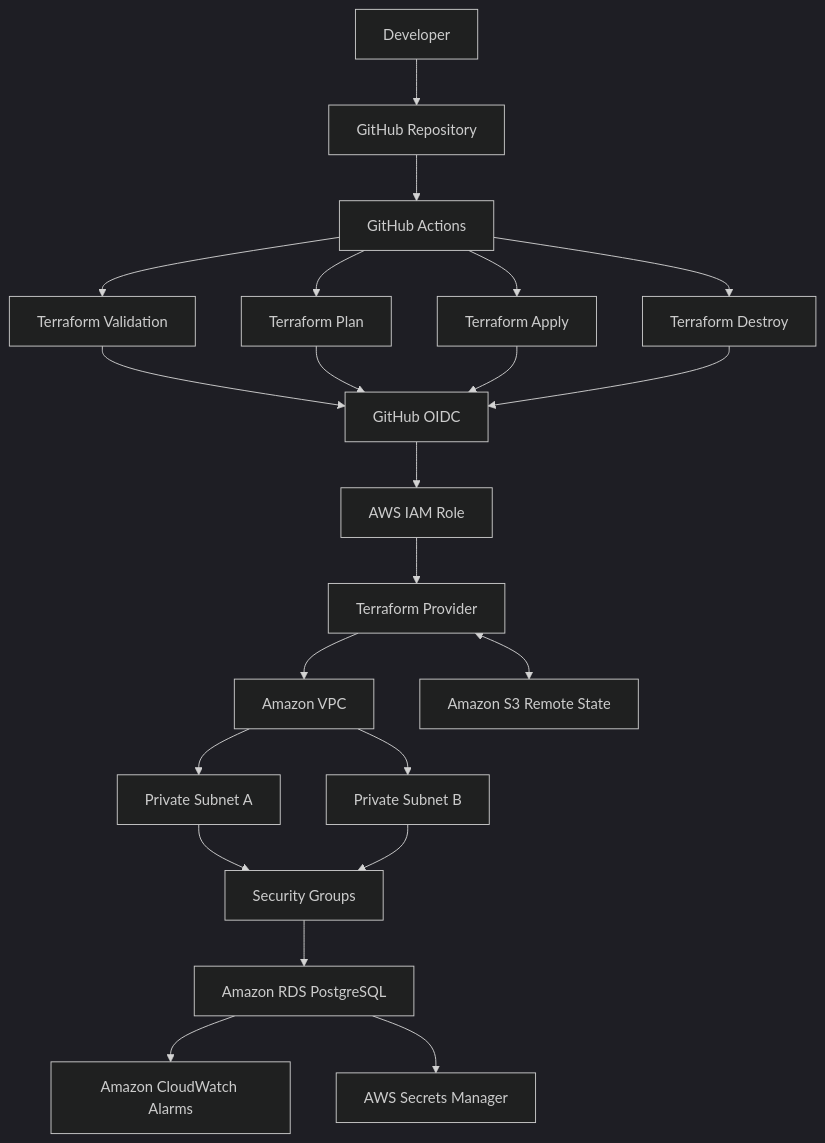
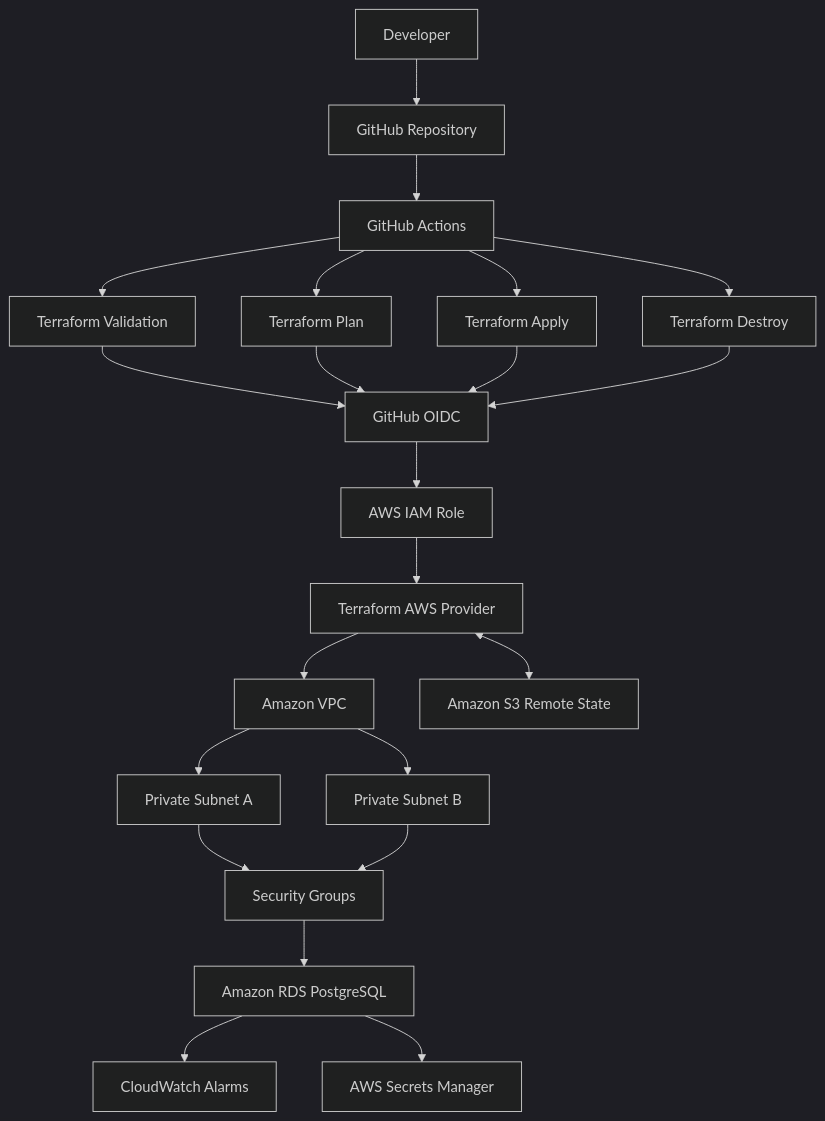
One commit to imed3721/aws-devops-platform changed the diagram in README.md. Above: the diagram before and after it, drawn with Mermaid (dark theme). The commit also changed other lines of this file, not shown here.

````diff
--- a/README.md
+++ b/README.md
@@ -69,30 +69,31 @@
 ```mermaid
 flowchart TD
     A[Developer] --> B[GitHub Repository]
     B --> C[GitHub Actions]
-    
+
     C --> D[Terraform Validation]
     C --> E[Terraform Plan]
     C --> F[Terraform Apply]
     C --> G[Terraform Destroy]
-    
+
     D --> H[GitHub OIDC]
     E --> H
     F --> H
     G --> H
-    
+
     H --> I[AWS IAM Role]
-    I --> J[Terraform Provider]
-    
+    I --> J[Terraform AWS Provider]
+
     J --> K[Amazon VPC]
     K --> L[Private Subnet A]
     K --> M[Private Subnet B]
+
     L --> N[Security Groups]
     M --> N
     N --> O[Amazon RDS PostgreSQL]
-    
-    O --> P[Amazon CloudWatch Alarms]
+
+    O --> P[CloudWatch Alarms]
     O --> Q[AWS Secrets Manager]
-    
+
     J <--> R[Amazon S3 Remote State]
 ```
````
